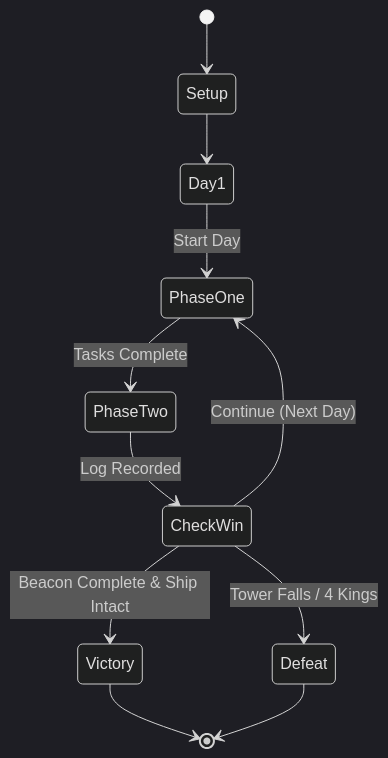
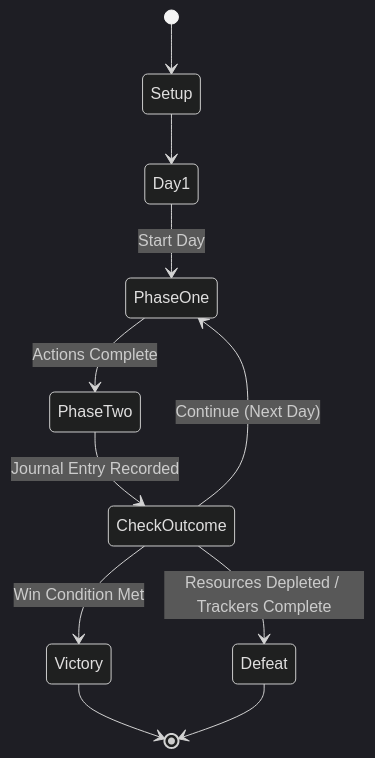
The fourth of 13 diagrams in docs/wretched-alone-mechanics-guide.md (dimm-city/dc-solo-rpg), drawn with Mermaid (dark theme) before and after one commit. The commit also changed other lines of this file, not shown here.

````diff
--- a/docs/wretched-alone-mechanics-guide.md
+++ b/docs/wretched-alone-mechanics-guide.md
@@ -171,16 +175,16 @@
 ```mermaid
 stateDiagram-v2
     [*] --> Setup
     Setup --> Day1
 
     Day1 --> PhaseOne: Start Day
-    PhaseOne --> PhaseTwo: Tasks Complete
-    PhaseTwo --> CheckWin: Log Recorded
+    PhaseOne --> PhaseTwo: Actions Complete
+    PhaseTwo --> CheckOutcome: Journal Entry Recorded
 
-    CheckWin --> PhaseOne: Continue (Next Day)
-    CheckWin --> Victory: Beacon Complete & Ship Intact
-    CheckWin --> Defeat: Tower Falls / 4 Kings
+    CheckOutcome --> PhaseOne: Continue (Next Day)
+    CheckOutcome --> Victory: Win Condition Met
+    CheckOutcome --> Defeat: Resources Depleted / Trackers Complete
 
     Victory --> [*]
     Defeat --> [*]
 ```
````
